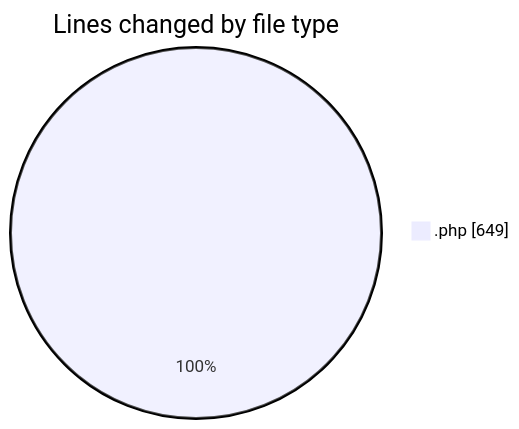
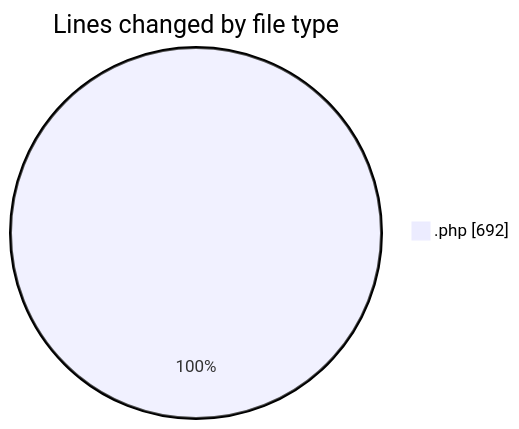
One commit to LanceThiago/code-tracking changed the first of 2 diagrams in 2026-09-15/web/README.md. Above: the diagram before and after it, drawn with Mermaid. The commit also changed other lines of this file and 1 other file, not shown here.

````diff
--- a/2026-09-15/web/README.md
+++ b/2026-09-15/web/README.md
@@ -23,5 +24,5 @@
 ```mermaid
 pie showData
 title Lines changed by file type
-".php" : 649
+".php" : 692
 ```
````
